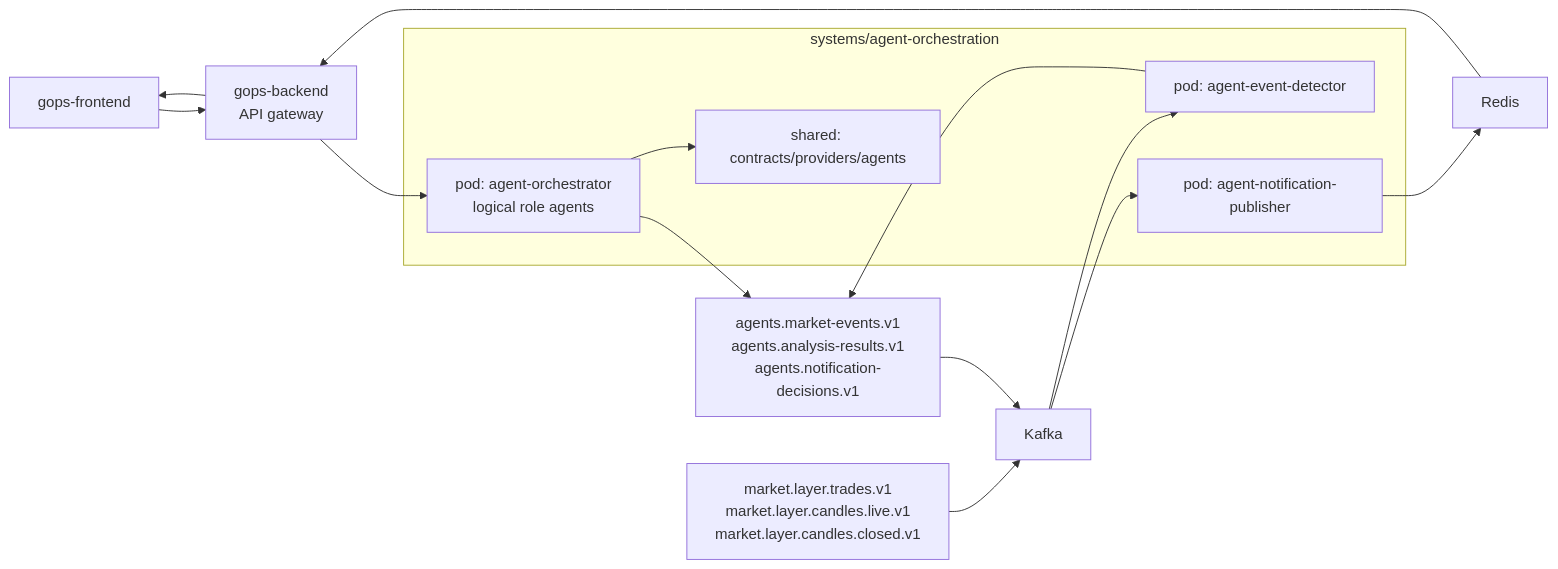
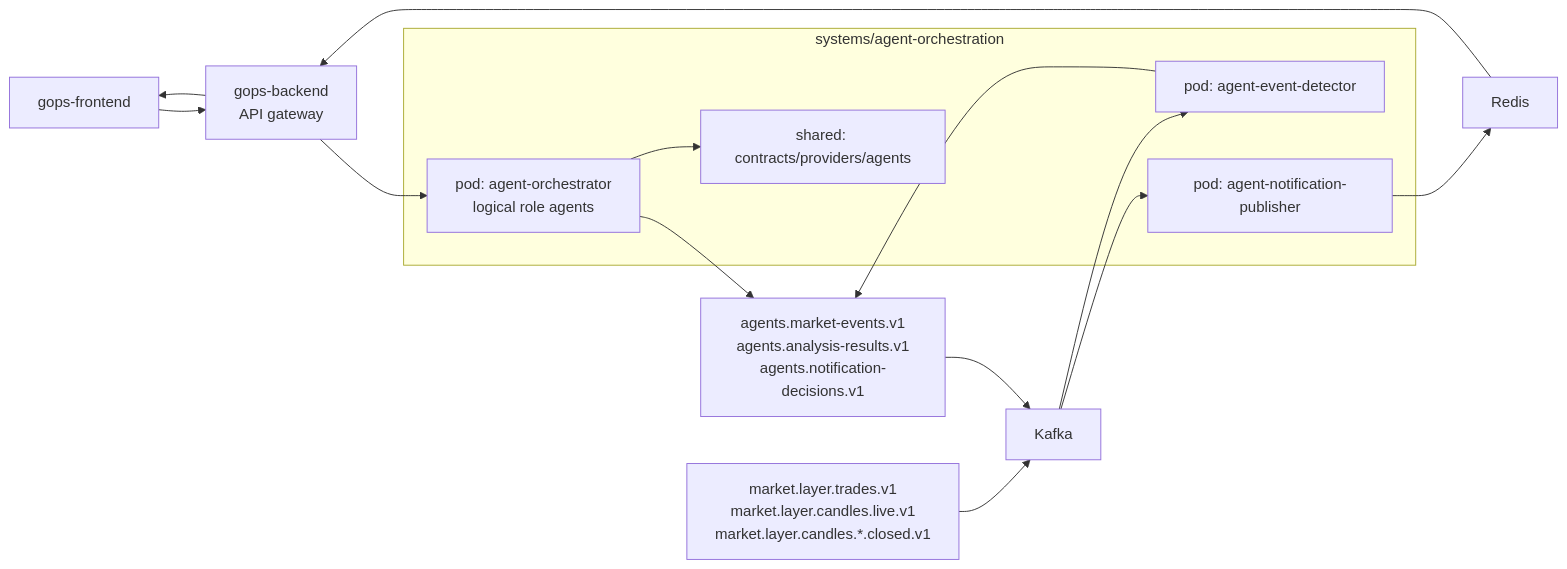
One commit to seunglee10/GOPS-BE changed the first of 3 diagrams in docs/AGENT_ORCHESTRATION_IMPLEMENTATION.md. Above: the diagram before and after it, drawn with Mermaid. The commit also changed 18 other files, not shown here.

````diff
--- a/docs/AGENT_ORCHESTRATION_IMPLEMENTATION.md
+++ b/docs/AGENT_ORCHESTRATION_IMPLEMENTATION.md
@@ -30,30 +30,30 @@
 ```mermaid
 flowchart LR
   Frontend["gops-frontend"]
   Backend["gops-backend<br/>API gateway"]
 
   subgraph AgentSystem["systems/agent-orchestration"]
     Orchestrator["pod: agent-orchestrator<br/>logical role agents"]
     EventDetector["pod: agent-event-detector"]
     NotificationPublisher["pod: agent-notification-publisher"]
     Contracts["shared: contracts/providers/agents"]
   end
 
   Kafka["Kafka"]
   Redis["Redis"]
-  MarketTopics["market.layer.trades.v1<br/>market.layer.candles.live.v1<br/>market.layer.candles.closed.v1"]
+  MarketTopics["market.layer.trades.v1<br/>market.layer.candles.live.v1<br/>market.layer.candles.*.closed.v1"]
   AgentTopics["agents.market-events.v1<br/>agents.analysis-results.v1<br/>agents.notification-decisions.v1"]
 
   Frontend --> Backend
   Backend --> Orchestrator
   Orchestrator --> Contracts
   MarketTopics --> Kafka
   Kafka --> EventDetector
   EventDetector --> AgentTopics
   Orchestrator --> AgentTopics
   AgentTopics --> Kafka
   Kafka --> NotificationPublisher
   NotificationPublisher --> Redis
   Redis --> Backend
   Backend --> Frontend
 ```
````
